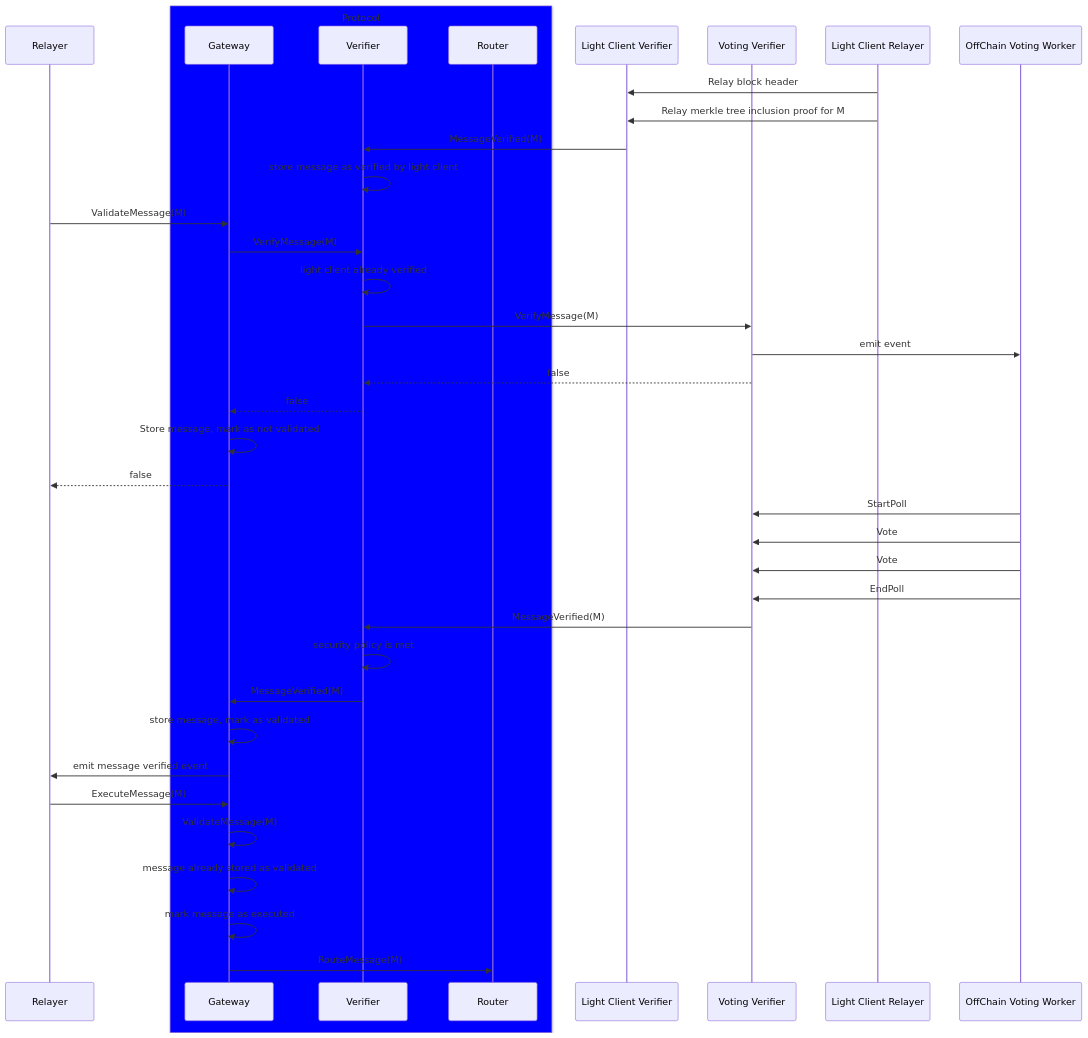
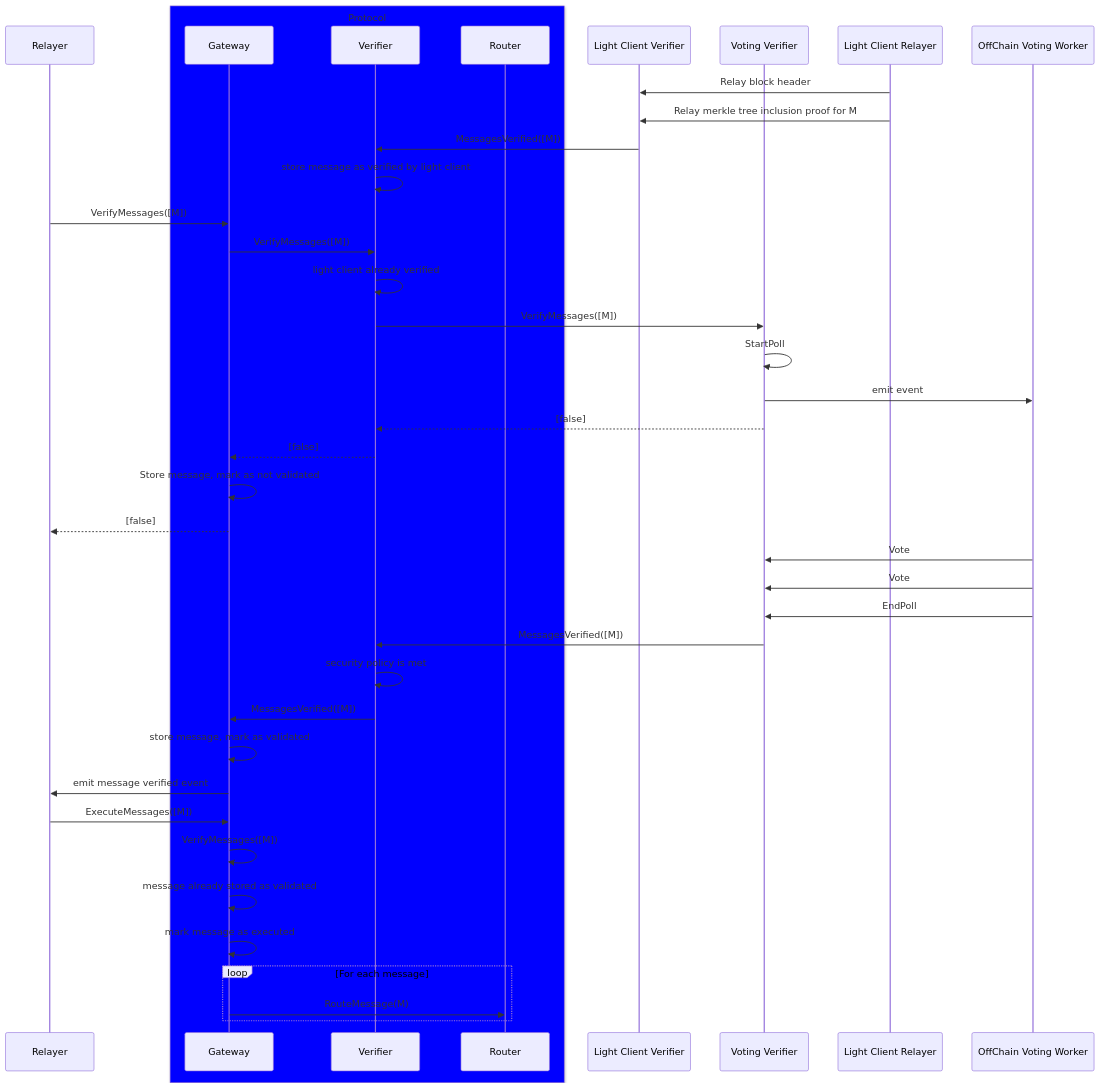
Before and after one commit to axelarnetwork/axelar-amplifier: diagram 12 of 13 in README.md, drawn with Mermaid. The commit also changed other lines of this file, not shown here.

````diff
--- a/README.md
+++ b/README.md
@@ -397,45 +417,47 @@
 ```mermaid
 sequenceDiagram
     participant Relayer
     box Blue Protocol
     participant Gateway
     participant Verifier
     participant Router
     end
     participant Light Client Verifier
     participant Voting Verifier
     participant Light Client Relayer
     participant OffChain Voting Worker
 
 
     Light Client Relayer->>Light Client Verifier: Relay block header
     Light Client Relayer->>Light Client Verifier: Relay merkle tree inclusion proof for M
-    Light Client Verifier->>Verifier: MessageVerified(M)
+    Light Client Verifier->>Verifier: MessagesVerified([M])
     Verifier->>Verifier: store message as verified by light client
-    Relayer->>Gateway: ValidateMessage(M)
-    Gateway->>Verifier: VerifyMessage(M)
+    Relayer->>Gateway: VerifyMessages([M])
+    Gateway->>Verifier: VerifyMessages([M])
     Verifier->>Verifier: light client already verified
-    Verifier->>Voting Verifier: VerifyMessage(M)
+    Verifier->>Voting Verifier: VerifyMessages([M])
+    Voting Verifier->>Voting Verifier: StartPoll
     Voting Verifier->>OffChain Voting Worker: emit event
-    Voting Verifier-->>Verifier: false
-    Verifier-->>Gateway: false
+    Voting Verifier-->>Verifier: [false]
+    Verifier-->>Gateway: [false]
     Gateway->>Gateway: Store message, mark as not validated
-    Gateway-->>Relayer: false
+    Gateway-->>Relayer: [false]
 
-    OffChain Voting Worker->>Voting Verifier: StartPoll
     OffChain Voting Worker->>Voting Verifier: Vote
     OffChain Voting Worker->>Voting Verifier: Vote
     OffChain Voting Worker->>Voting Verifier: EndPoll
 
-    Voting Verifier->>Verifier: MessageVerified(M)
+    Voting Verifier->>Verifier: MessagesVerified([M])
     Verifier->>Verifier: security policy is met
-    Verifier->>Gateway: MessageVerified(M)
+    Verifier->>Gateway: MessagesVerified([M])
     Gateway->>Gateway: store message, mark as validated
     Gateway->>Relayer: emit message verified event
 
-    Relayer->>Gateway: ExecuteMessage(M)
-    Gateway->>Gateway: ValidateMessage(M)
+    Relayer->>Gateway: ExecuteMessages([M])
+    Gateway->>Gateway: VerifyMessages([M])
     Gateway->>Gateway: message already stored as validated
     Gateway->>Gateway: mark message as executed
-    Gateway->>Router: RouteMessage(M)
+    loop For each message
+        Gateway->>Router: RouteMessage(M)
+    end
 ```
````
